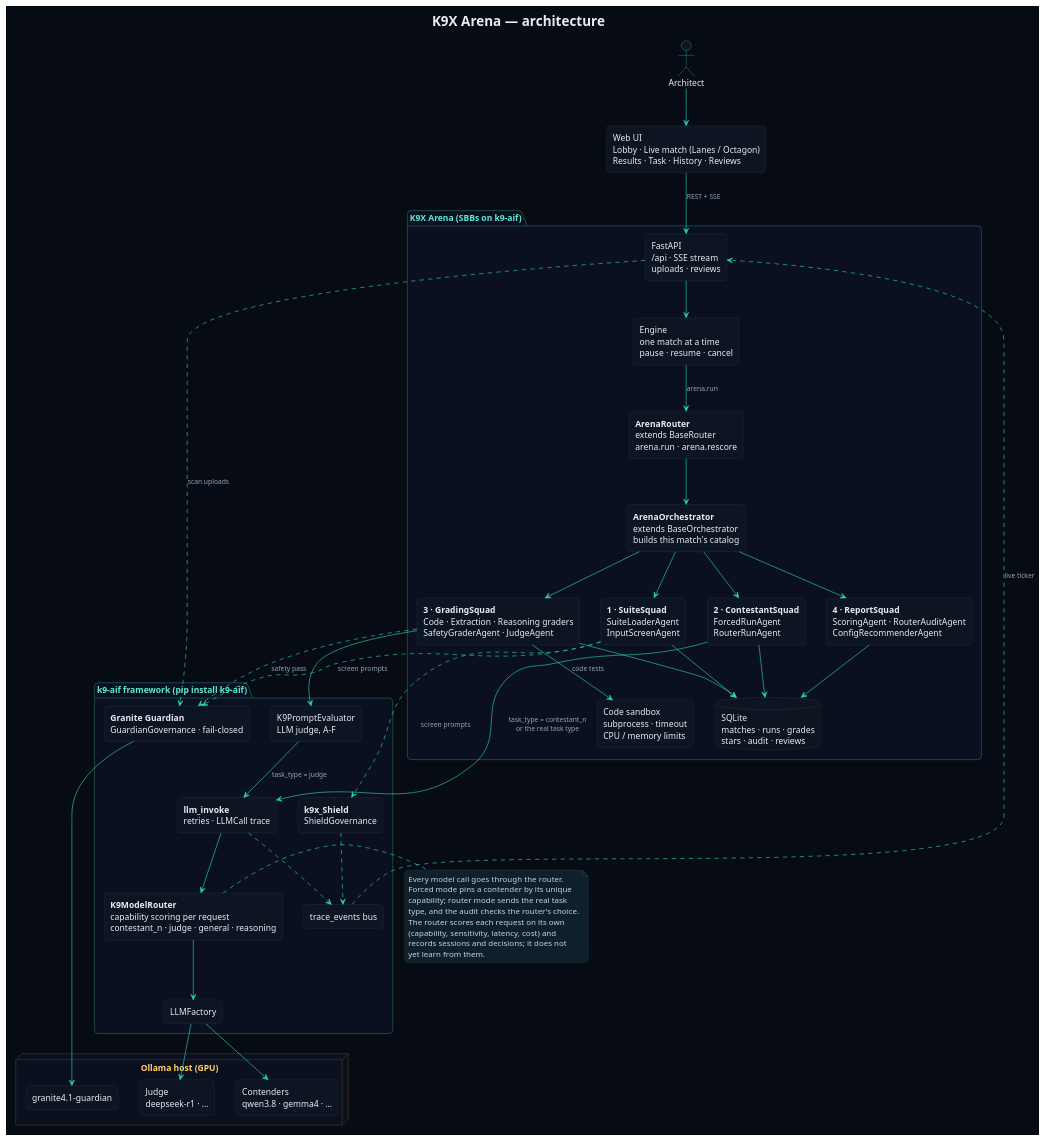
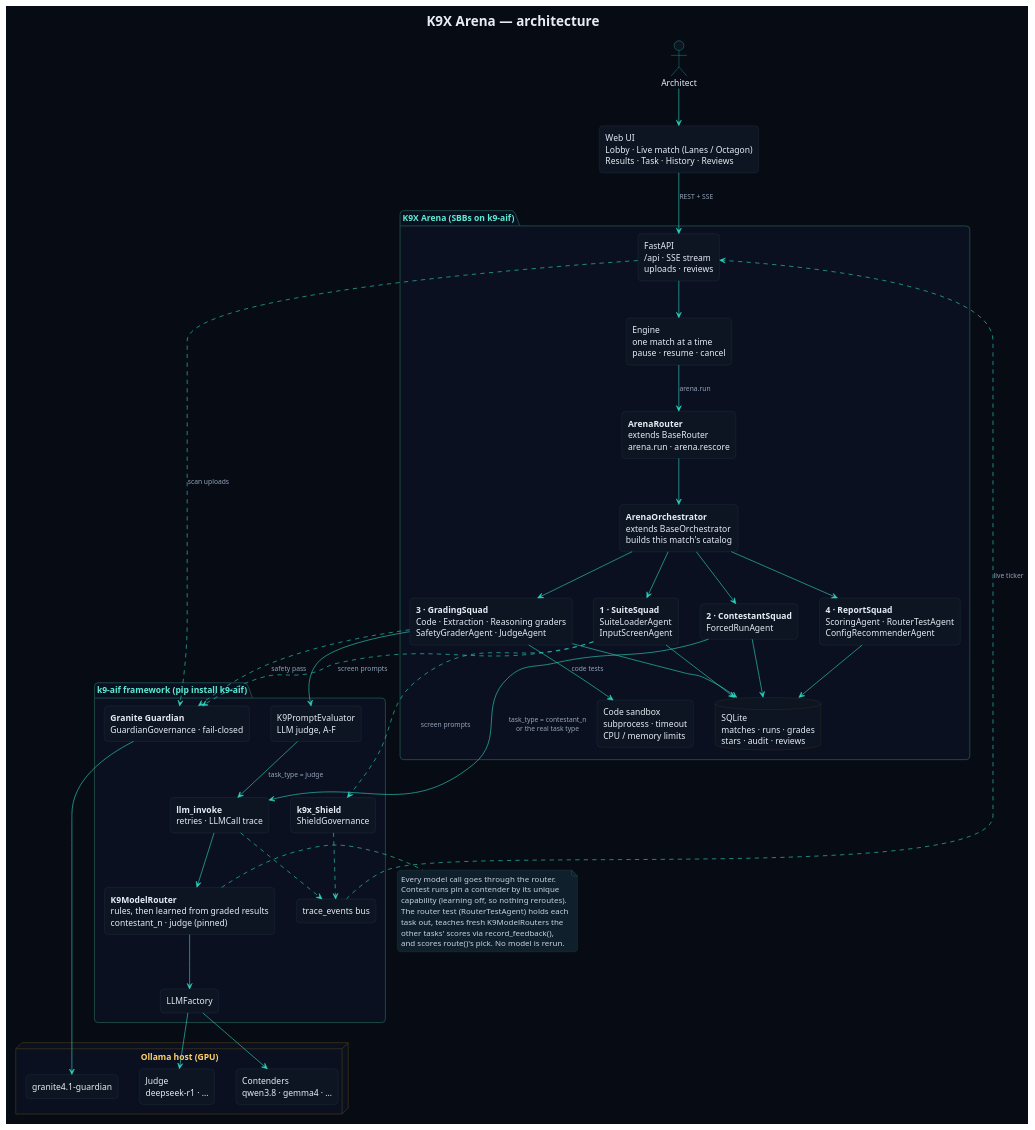
Before and after one commit to k9aif/k9x-arena: the diagram in docs/architecture.puml, drawn with PlantUML. The commit also changed 24 other files, not shown here.

First line of the commit message:
Router test replaces the routed second pass

```diff
--- a/docs/architecture.puml
+++ b/docs/architecture.puml
@@ -1,100 +1,99 @@
 @startuml k9x_arena_architecture
 ' K9X Arena — architecture (render: PLANTUML_LIMIT_SIZE=8192 plantuml -tpng docs/architecture.puml)
 skinparam backgroundColor #070b14
 skinparam defaultFontName "IBM Plex Sans"
 skinparam defaultFontColor #e6edf5
 skinparam shadowing false
 skinparam roundCorner 12
 skinparam ArrowColor #2dd4bf
 skinparam ArrowFontColor #93a3b8
 skinparam ArrowFontSize 11
 skinparam packageBorderColor #1f4d45
 skinparam packageFontColor #5eead4
 skinparam packageBackgroundColor #0a1020
 skinparam rectangleBorderColor #2b3d4c
 skinparam rectangleBackgroundColor #0d1422
 skinparam databaseBorderColor #4a3d1a
 skinparam databaseBackgroundColor #0d1422
 skinparam nodeBorderColor #4a3d1a
 skinparam nodeBackgroundColor #0a1020
 skinparam nodeFontColor #ffd166
 skinparam actorBorderColor #2dd4bf
 skinparam actorBackgroundColor #0d1422
 skinparam noteBackgroundColor #101f2c
 skinparam noteBorderColor #1f4d45
 skinparam noteFontColor #c8d3e0
 title <color:#e6edf5><size:22><b>K9X Arena — architecture</b></size></color>
 
 actor "Architect" as user
 rectangle "Web UI\nLobby · Live match (Lanes / Octagon)\nResults · Task · History · Reviews" as ui
 
 package "K9X Arena (SBBs on k9-aif)" {
   rectangle "FastAPI\n/api · SSE stream\nuploads · reviews" as api
   rectangle "Engine\none match at a time\npause · resume · cancel" as engine
   rectangle "<b>ArenaRouter</b>\nextends BaseRouter\narena.run · arena.rescore" as router
   rectangle "<b>ArenaOrchestrator</b>\nextends BaseOrchestrator\nbuilds this match's catalog" as orch
   rectangle "<b>1 · SuiteSquad</b>\nSuiteLoaderAgent\nInputScreenAgent" as s1
-  rectangle "<b>2 · ContestantSquad</b>\nForcedRunAgent\nRouterRunAgent" as s2
+  rectangle "<b>2 · ContestantSquad</b>\nForcedRunAgent" as s2
   rectangle "<b>3 · GradingSquad</b>\nCode · Extraction · Reasoning graders\nSafetyGraderAgent · JudgeAgent" as s3
-  rectangle "<b>4 · ReportSquad</b>\nScoringAgent · RouterAuditAgent\nConfigRecommenderAgent" as s4
+  rectangle "<b>4 · ReportSquad</b>\nScoringAgent · RouterTestAgent\nConfigRecommenderAgent" as s4
   database "SQLite\nmatches · runs · grades\nstars · audit · reviews" as db
   rectangle "Code sandbox\nsubprocess · timeout\nCPU / memory limits" as sandbox
 }
 
 package "k9-aif framework (pip install k9-aif)" {
   rectangle "<b>llm_invoke</b>\nretries · LLMCall trace" as invoke
-  rectangle "<b>K9ModelRouter</b>\ncapability scoring per request\ncontestant_n · judge · general · reasoning" as kmr
+  rectangle "<b>K9ModelRouter</b>\nrules, then learned from graded results\ncontestant_n · judge (pinned)" as kmr
   rectangle "LLMFactory" as llmf
   rectangle "<b>k9x_Shield</b>\nShieldGovernance" as shield
   rectangle "<b>Granite Guardian</b>\nGuardianGovernance · fail-closed" as guardian
   rectangle "K9PromptEvaluator\nLLM judge, A–F" as evaluator
   rectangle "trace_events bus" as trace
 }
 
 node "Ollama host (GPU)" as ollama {
   rectangle "Contenders\nqwen3.8 · gemma4 · …" as cont
   rectangle "Judge\ndeepseek-r1 · …" as judge
   rectangle "granite4.1-guardian" as gmodel
 }
 
 user --> ui
 ui --> api : REST + SSE
 api --> engine
 engine --> router : arena.run
 router --> orch
 orch --> s1
 orch --> s2
 orch --> s3
 orch --> s4
 s1 ..> shield : screen prompts
 s1 ..> guardian : screen prompts
 api ..> guardian : scan uploads
 s2 --> invoke : task_type = contestant_n\nor the real task type
 s3 --> evaluator
 evaluator --> invoke : task_type = judge
 s3 ..> guardian : safety pass
 s3 --> sandbox : code tests
 invoke --> kmr
 kmr --> llmf
 llmf --> cont
 llmf --> judge
 guardian --> gmodel
 invoke ..> trace
 shield ..> trace
 trace ..> api : live ticker
 s1 --> db
 s2 --> db
 s3 --> db
 s4 --> db
 
 note right of kmr
   Every model call goes through the router.
-  Forced mode pins a contender by its unique
-  capability; router mode sends the real task
-  type, and the audit checks the router's choice.
-  The router scores each request on its own
-  (capability, sensitivity, latency, cost) and
-  records sessions and decisions; it does not
-  yet learn from them.
+  Contest runs pin a contender by its unique
+  capability (learning off, so nothing reroutes).
+  The router test (RouterTestAgent) holds each
+  task out, teaches fresh K9ModelRouters the
+  other tasks' scores via record_feedback(),
+  and scores route()'s pick. No model is rerun.
 end note
 @enduml
```
